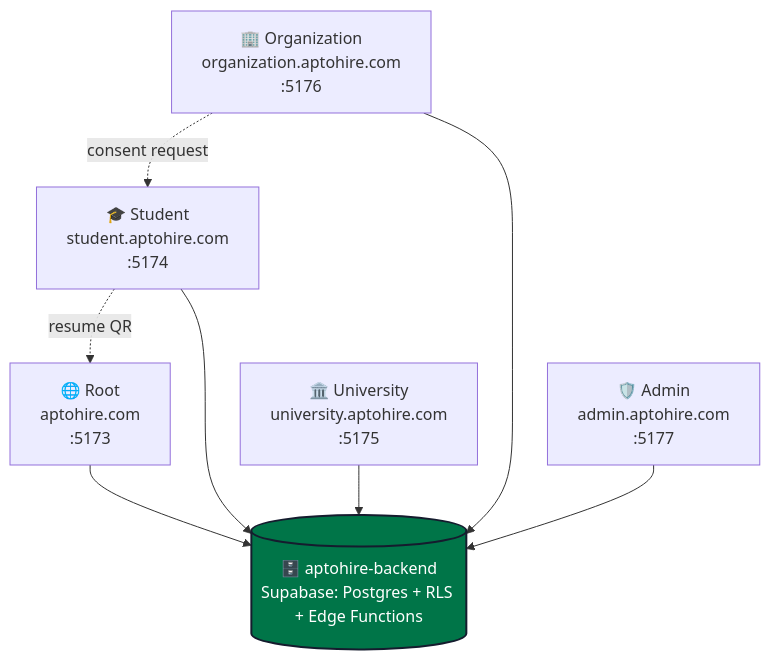
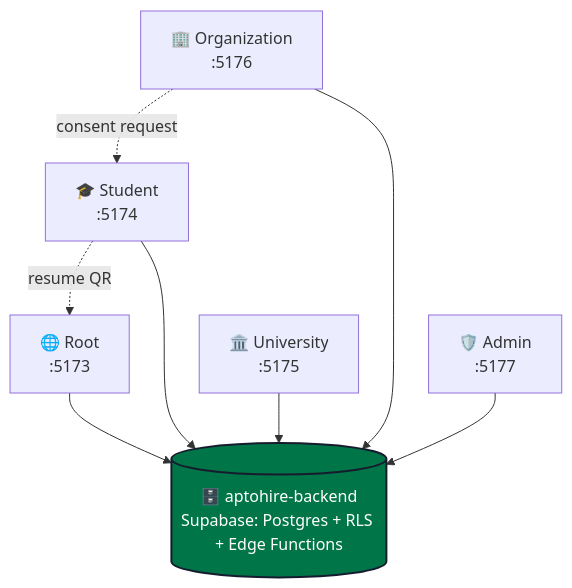
The second of 4 diagrams in README.md (Mansi-Kumawat/Aptohire-submission-repo), drawn with Mermaid before and after one commit. The commit also changed other lines of this file and 1 other file, not shown here.

````diff
--- a/README.md
+++ b/README.md
@@ -140,17 +163,17 @@
 ```mermaid
 flowchart TB
   DB[(🗄️ aptohire-backend<br/>Supabase: Postgres + RLS + Edge Functions)]
-  R[🌐 Root<br/>aptohire.com<br/>:5173]
-  S[🎓 Student<br/>student.aptohire.com<br/>:5174]
-  U[🏛️ University<br/>university.aptohire.com<br/>:5175]
-  O[🏢 Organization<br/>organization.aptohire.com<br/>:5176]
-  A[🛡️ Admin<br/>admin.aptohire.com<br/>:5177]
+  R[🌐 Root<br/>:5173]
+  S[🎓 Student<br/>:5174]
+  U[🏛️ University<br/>:5175]
+  O[🏢 Organization<br/>:5176]
+  A[🛡️ Admin<br/>:5177]
   R --> DB
   S --> DB
   U --> DB
   O --> DB
   A --> DB
   S -. resume QR .-> R
   O -. consent request .-> S
   style DB fill:#007548,color:#fff,stroke:#151C2E,stroke-width:2px
 ```
````
